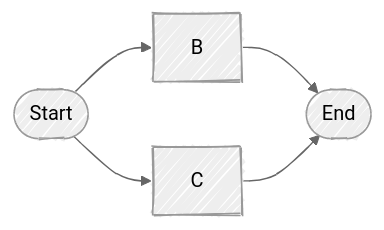
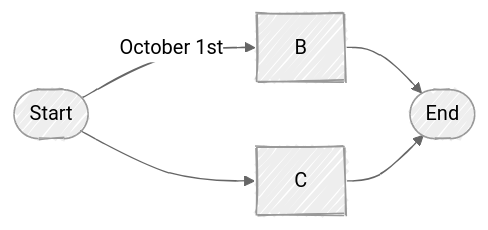
One commit to mkarau/testMermaid changed the second of 2 diagrams in simplelow.md. Above: the diagram before and after it, drawn with Mermaid.

````diff
--- a/simplelow.md
+++ b/simplelow.md
@@ -9,12 +9,12 @@
 ```mermaid
 ---
 config:
       look: handDrawn
       theme: neutral
 ---
 flowchart LR;
-      A([Start])-->B;
+      A([Start])-->|October 1st| B;
       A-->C;
       B-->D;
       C-->D([End]);
 ```
````
